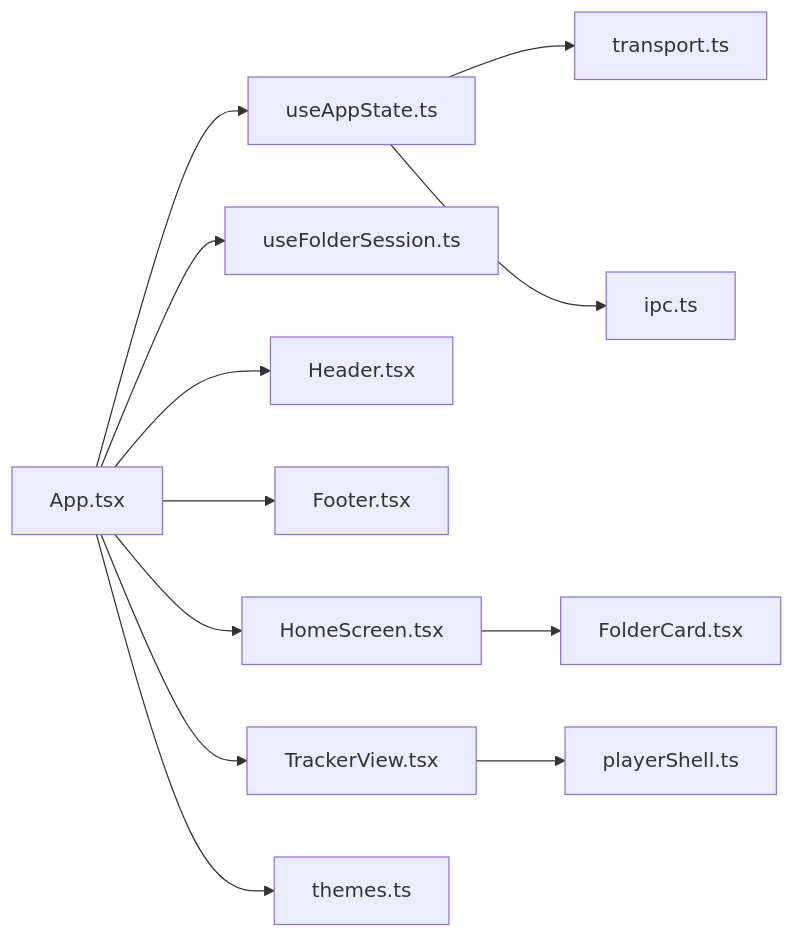
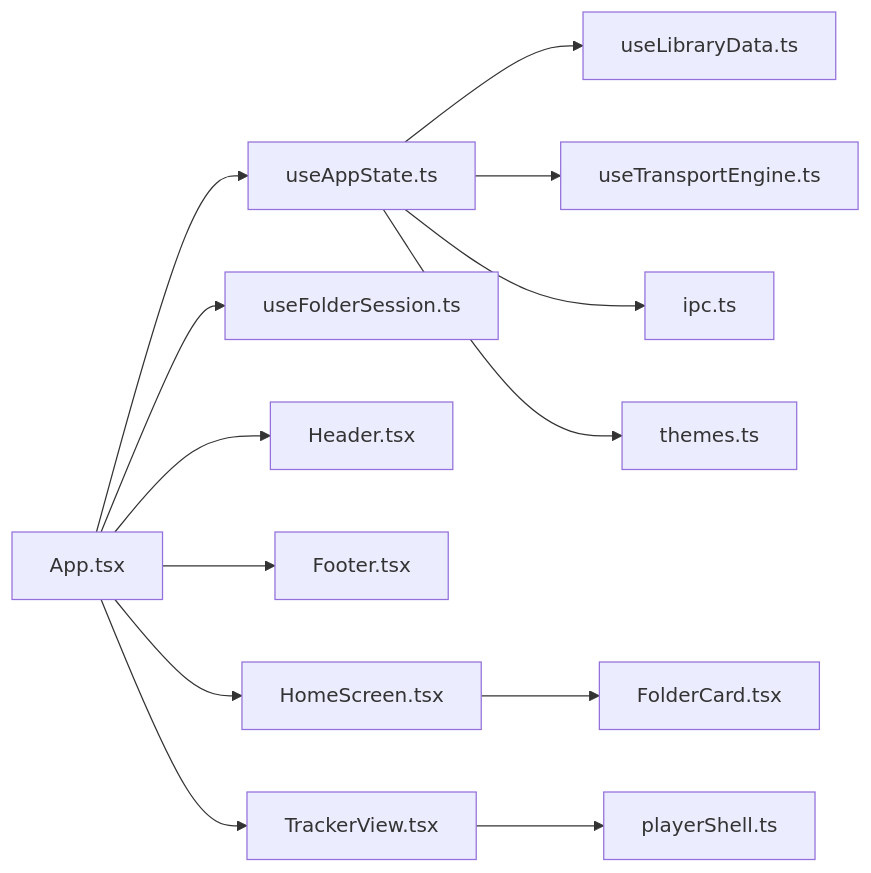
One commit to satyrlord/mixjam-electron changed the fifth of 5 diagrams in .qoder/repowiki/en/content/Core Components/Core Components.md. Above: the diagram before and after it, drawn with Mermaid. The commit also changed other lines of this file and 7 other files, not shown here.

````diff
--- a/.qoder/repowiki/en/content/Core Components/Core Components.md
+++ b/.qoder/repowiki/en/content/Core Components/Core Components.md
@@ -325,14 +437,15 @@
 ```mermaid
 graph LR
 APP["App.tsx"] --> UAS["useAppState.ts"]
+UAS --> ULD["useLibraryData.ts"]
+UAS --> UTE["useTransportEngine.ts"]
 APP --> UFS["useFolderSession.ts"]
 APP --> H["Header.tsx"]
 APP --> F["Footer.tsx"]
 APP --> HS["HomeScreen.tsx"]
 APP --> TV["TrackerView.tsx"]
 HS --> FC["FolderCard.tsx"]
 TV --> PS["playerShell.ts"]
-UAS --> TR["transport.ts"]
 UAS --> IPC["ipc.ts"]
-APP --> THM["themes.ts"]
+UAS --> THM["themes.ts"]
 ```
````
